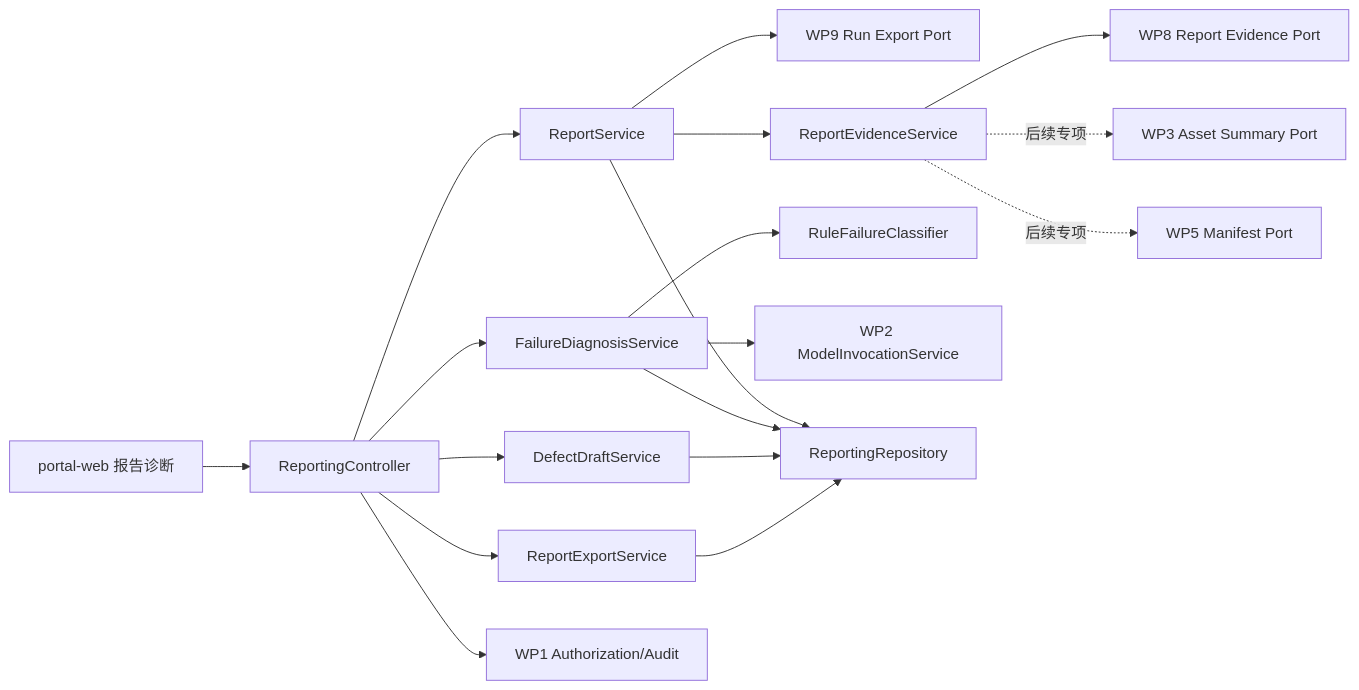
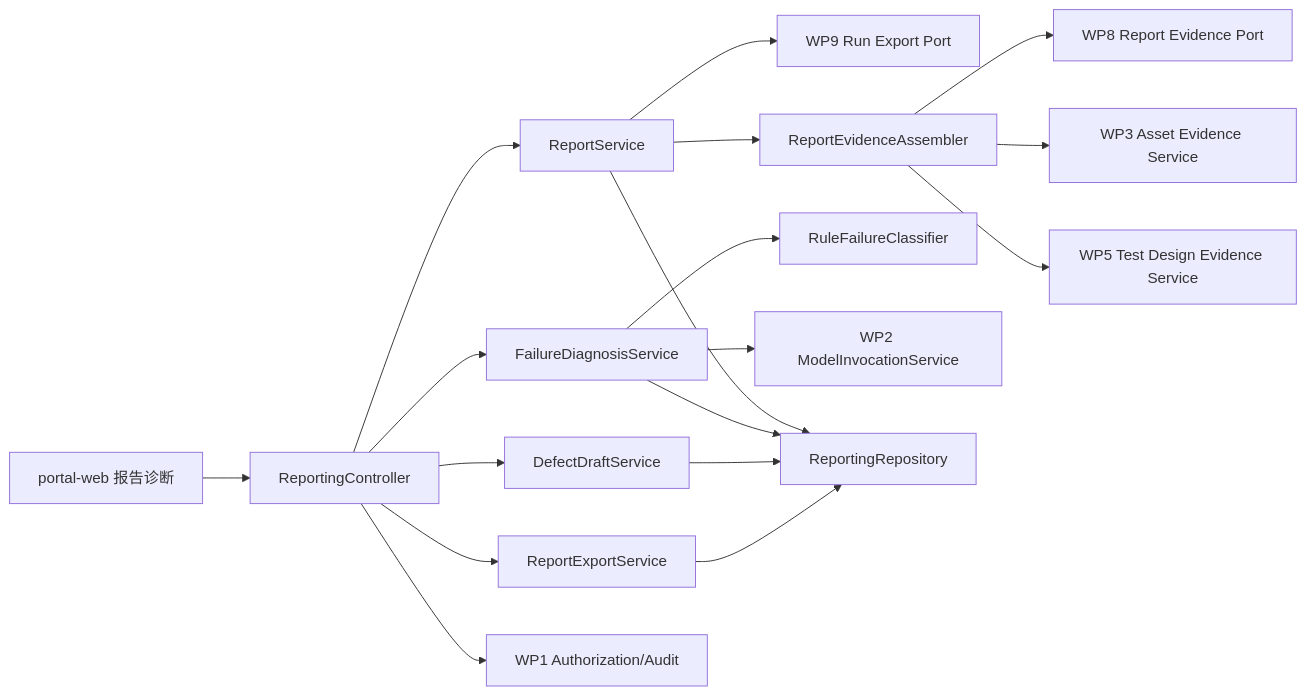
Before and after one commit to Sunhg2017/veri-agent: the diagram in doc/mvp/final/engineering/WP10-报告与失败诊断-技术设计与接口契约.md, drawn with Mermaid. The commit also changed other lines of this file and 22 other files, not shown here.

````diff
--- a/doc/mvp/final/engineering/WP10-报告与失败诊断-技术设计与接口契约.md
+++ b/doc/mvp/final/engineering/WP10-报告与失败诊断-技术设计与接口契约.md
@@ -25,20 +25,20 @@
 ```mermaid
 flowchart LR
     UI["portal-web 报告诊断"] --> API["ReportingController"]
     API --> REPORT["ReportService"]
     API --> DIAG["FailureDiagnosisService"]
     API --> DRAFT["DefectDraftService"]
     API --> EXPORT["ReportExportService"]
     REPORT --> WP9["WP9 Run Export Port"]
-    REPORT --> EVIDENCE["ReportEvidenceService"]
+    REPORT --> EVIDENCE["ReportEvidenceAssembler"]
     EVIDENCE --> WP8["WP8 Report Evidence Port"]
-    EVIDENCE -. 后续专项 .-> WP3["WP3 Asset Summary Port"]
-    EVIDENCE -. 后续专项 .-> WP5["WP5 Manifest Port"]
+    EVIDENCE --> WP3["WP3 Asset Evidence Service"]
+    EVIDENCE --> WP5["WP5 Test Design Evidence Service"]
     DIAG --> CLASSIFIER["RuleFailureClassifier"]
     DIAG --> WP2["WP2 ModelInvocationService"]
     REPORT --> REPO["ReportingRepository"]
     DIAG --> REPO
     DRAFT --> REPO
     EXPORT --> REPO
     API --> AUTH["WP1 Authorization/Audit"]
 ```
````
